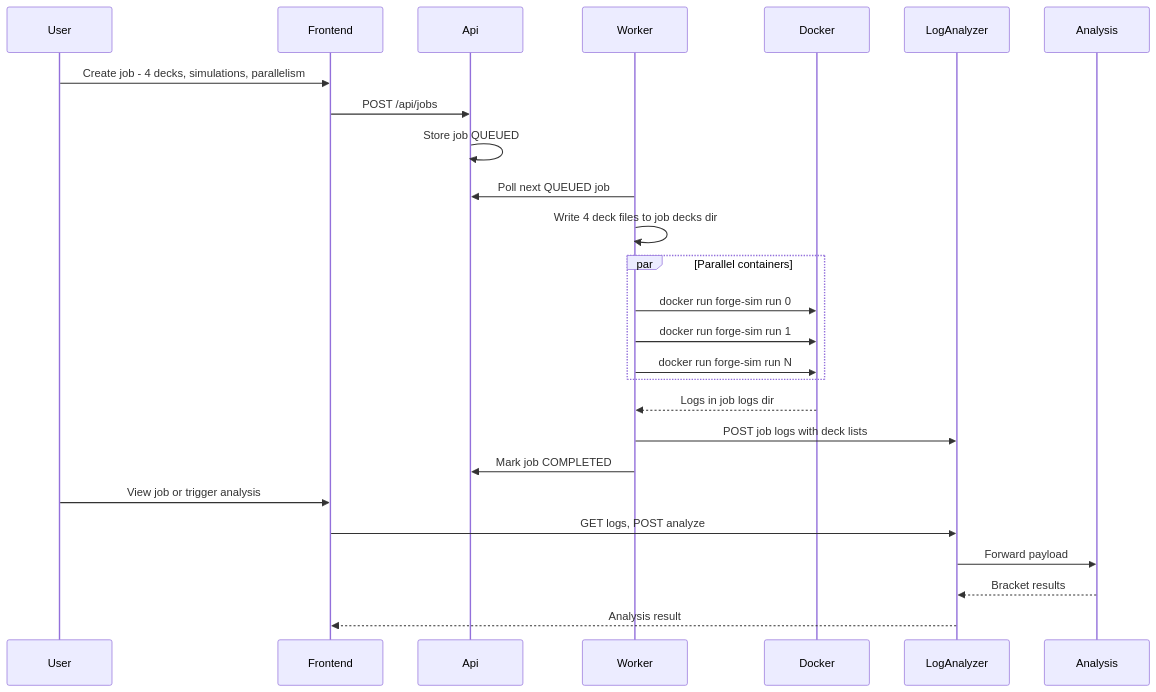
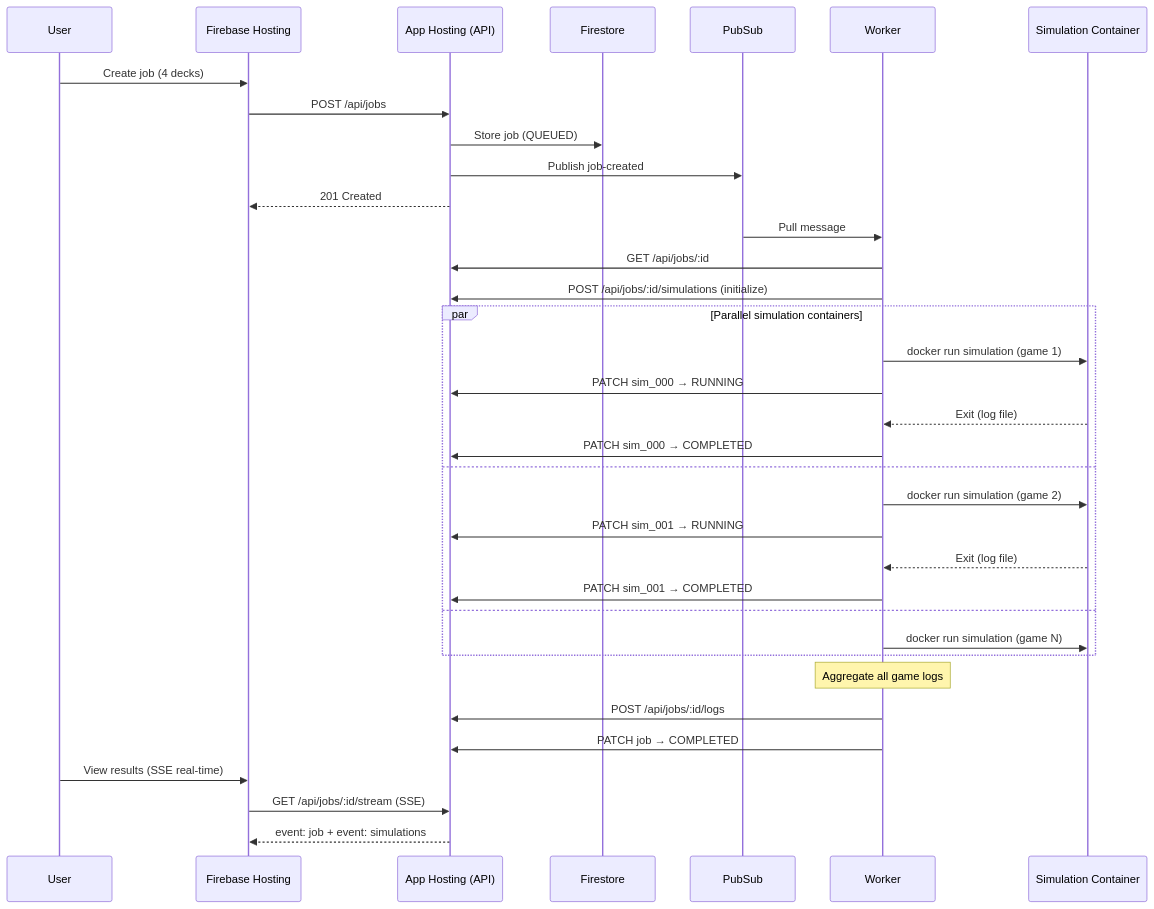
Before and after one commit to TytaniumDev/MagicBracketSimulator: the third of 5 diagrams in docs/ARCHITECTURE.md, drawn with Mermaid. The commit also changed other lines of this file and 23 other files, not shown here.

First line of the commit message:
Split worker into Worker + Simulation two-image architecture

````diff
--- a/docs/ARCHITECTURE.md
+++ b/docs/ARCHITECTURE.md
@@ -172,31 +129,42 @@
 ```mermaid
 sequenceDiagram
     participant User
-    participant Frontend
-    participant Api
+    participant Frontend as Firebase Hosting
+    participant API as App Hosting (API)
+    participant Firestore
+    participant PubSub
     participant Worker
-    participant Docker
-    participant LogAnalyzer
-    participant Analysis
+    participant SimContainer as Simulation Container
 
-    User->>Frontend: Create job - 4 decks, simulations, parallelism
-    Frontend->>Api: POST /api/jobs
-    Api->>Api: Store job QUEUED
+    User->>Frontend: Create job (4 decks)
+    Frontend->>API: POST /api/jobs
+    API->>Firestore: Store job (QUEUED)
+    API->>PubSub: Publish job-created
+    API-->>Frontend: 201 Created
 
-    Worker->>Api: Poll next QUEUED job
-    Worker->>Worker: Write 4 deck files to job decks dir
-    par Parallel containers
-        Worker->>Docker: docker run forge-sim run 0
-        Worker->>Docker: docker run forge-sim run 1
-        Worker->>Docker: docker run forge-sim run N
+    PubSub->>Worker: Pull message
+    Worker->>API: GET /api/jobs/:id
+    Worker->>API: POST /api/jobs/:id/simulations (initialize)
+
+    par Parallel simulation containers
+        Worker->>SimContainer: docker run simulation (game 1)
+        Worker->>API: PATCH sim_000 → RUNNING
+        SimContainer-->>Worker: Exit (log file)
+        Worker->>API: PATCH sim_000 → COMPLETED
+    and
+        Worker->>SimContainer: docker run simulation (game 2)
+        Worker->>API: PATCH sim_001 → RUNNING
+        SimContainer-->>Worker: Exit (log file)
+        Worker->>API: PATCH sim_001 → COMPLETED
+    and
+        Worker->>SimContainer: docker run simulation (game N)
     end
-    Docker-->>Worker: Logs in job logs dir
-    Worker->>LogAnalyzer: POST job logs with deck lists
-    Worker->>Api: Mark job COMPLETED
 
-    User->>Frontend: View job or trigger analysis
-    Frontend->>LogAnalyzer: GET logs, POST analyze
-    LogAnalyzer->>Analysis: Forward payload
-    Analysis-->>LogAnalyzer: Bracket results
-    LogAnalyzer-->>Frontend: Analysis result
+    Note over Worker: Aggregate all game logs
+    Worker->>API: POST /api/jobs/:id/logs
+    Worker->>API: PATCH job → COMPLETED
+
+    User->>Frontend: View results (SSE real-time)
+    Frontend->>API: GET /api/jobs/:id/stream (SSE)
+    API-->>Frontend: event: job + event: simulations
 ```
````
